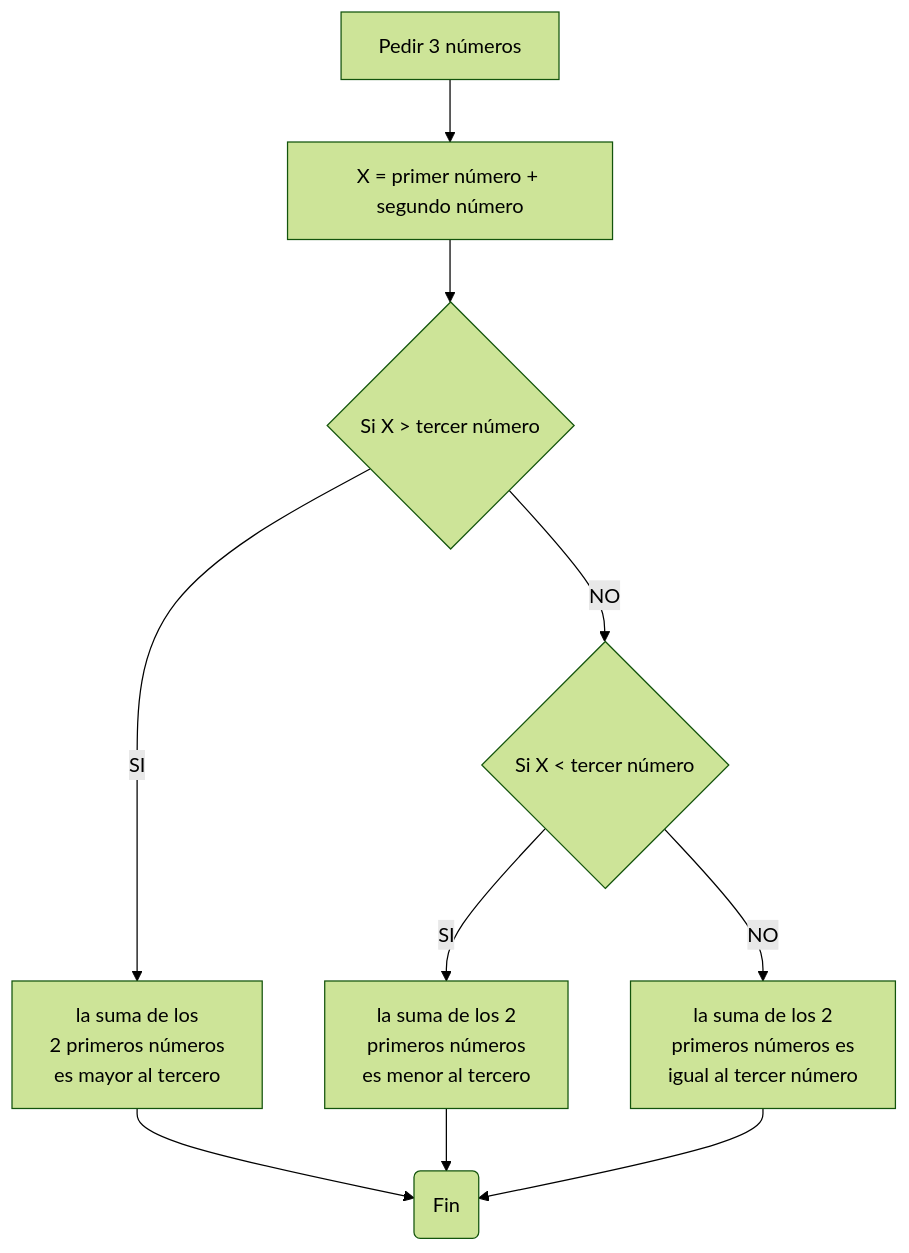
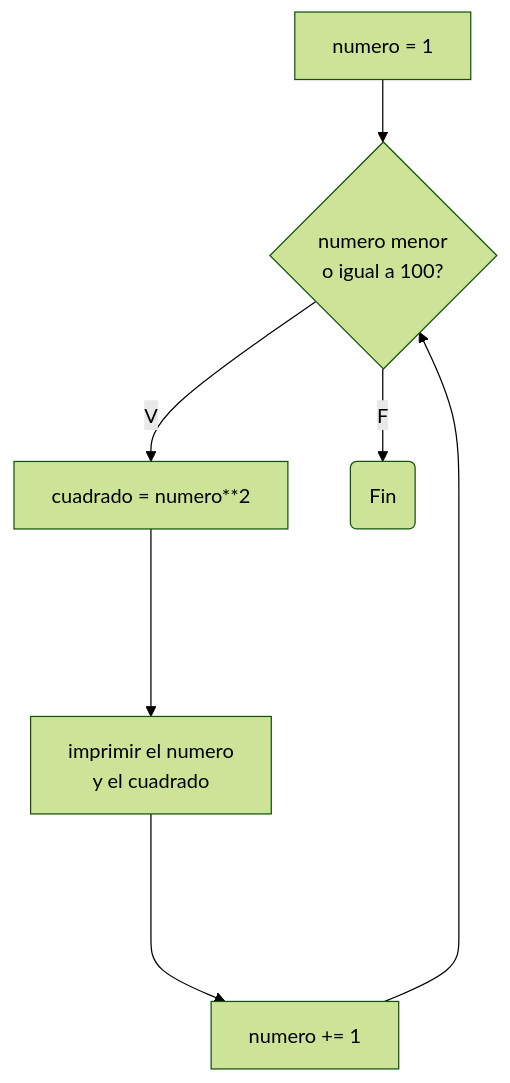
The diagram in README.md (Dgarcest/Reto-No.7), drawn with Mermaid (forest theme) before and after one commit. The commit also changed other lines of this file, not shown here.

````diff
--- a/README.md
+++ b/README.md
@@ -11,19 +16,11 @@
 ```mermaid
 flowchart TD;
-  A[Pedir 3 números] -->B
-  B[X = primer número + segundo número] --> C{Si X > tercer número}
-  C --SI--> D[la suma de los
-            2 primeros números
-            es mayor al tercero]
-  C --NO--> E{Si X < tercer número}
-  E --SI--> F[la suma de los 2
-              primeros números
-              es menor al tercero]
-  E --NO--> G[la suma de los 2
-              primeros números es
-              igual al tercer número]
-  D --> H(Fin)
-  F --> H(Fin)
-  G --> H(Fin)
-
+  A[numero = 1] -->B
+  B{numero menor
+  o igual a 100?} --V--> C
+  C[cuadrado = numero**2] ----> D[imprimir el numero
+          y el cuadrado]
+  D ----> E[numero += 1]
+  B --F-->F(Fin)
+  E ----> B
 ```
````
